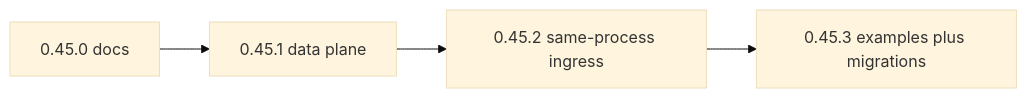
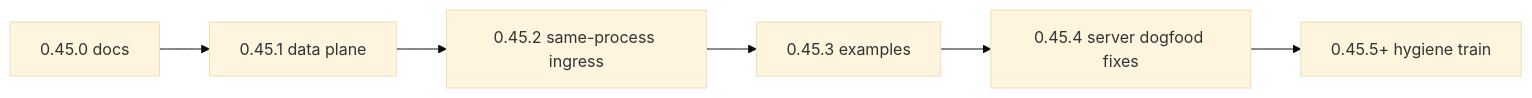
Before and after one commit to JGabrielGruber/palmengine: the diagram in docs/VISION-0.45.md, drawn with Mermaid (base theme). The commit also changed other lines of this file and 11 other files, not shown here.

````diff
--- a/docs/VISION-0.45.md
+++ b/docs/VISION-0.45.md
@@ -31,8 +36,10 @@
 ```mermaid
 flowchart LR
   docs[0.45.0 docs]
   phaseA[0.45.1 data plane]
   phaseC[0.45.2 same-process ingress]
-  phaseB[0.45.3 examples plus migrations]
-  docs --> phaseA --> phaseC --> phaseB
+  phaseB[0.45.3 examples]
+  phaseD[0.45.4 server dogfood fixes]
+  harden[0.45.5+ hygiene train]
+  docs --> phaseA --> phaseC --> phaseB --> phaseD --> harden
 ```
````
